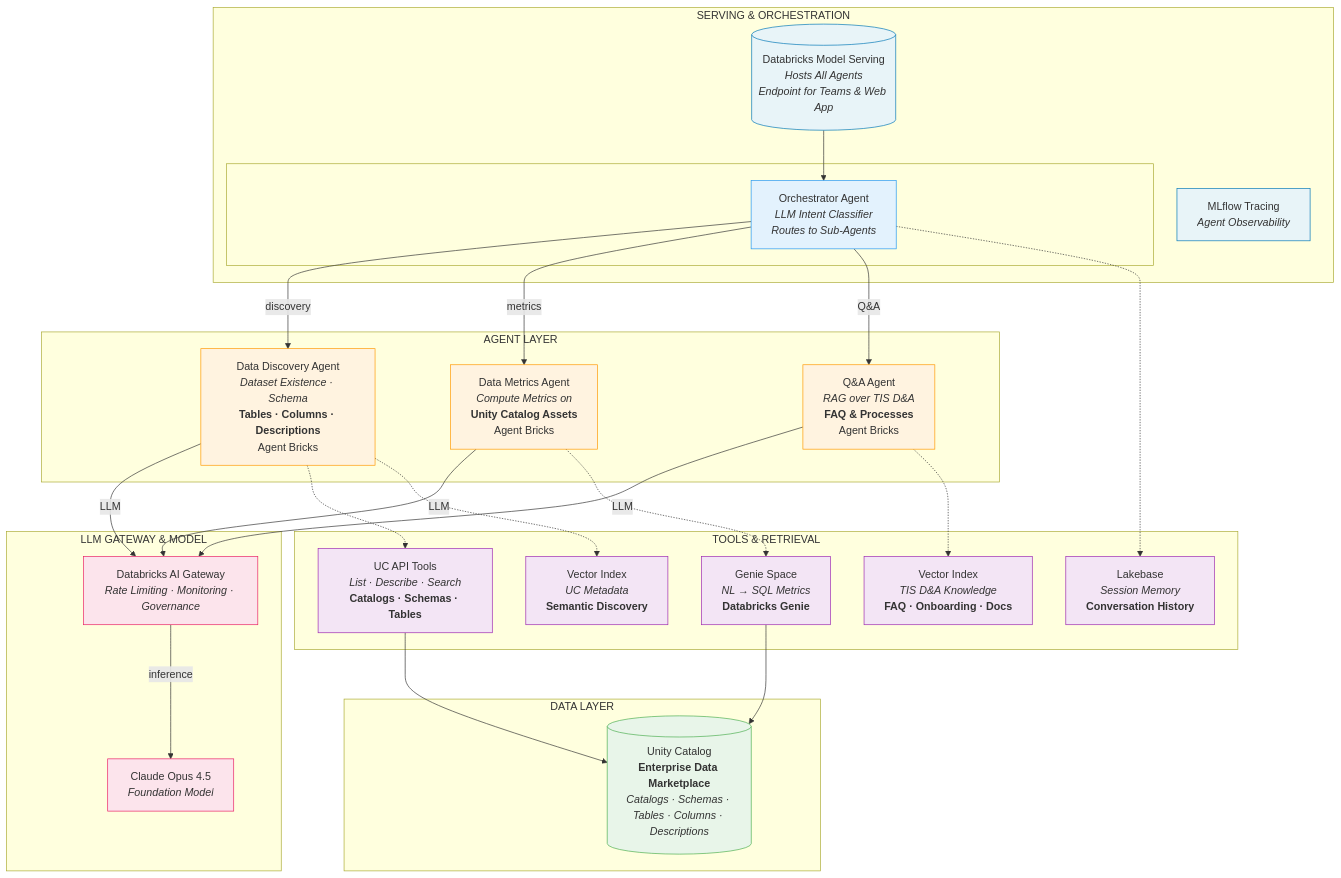
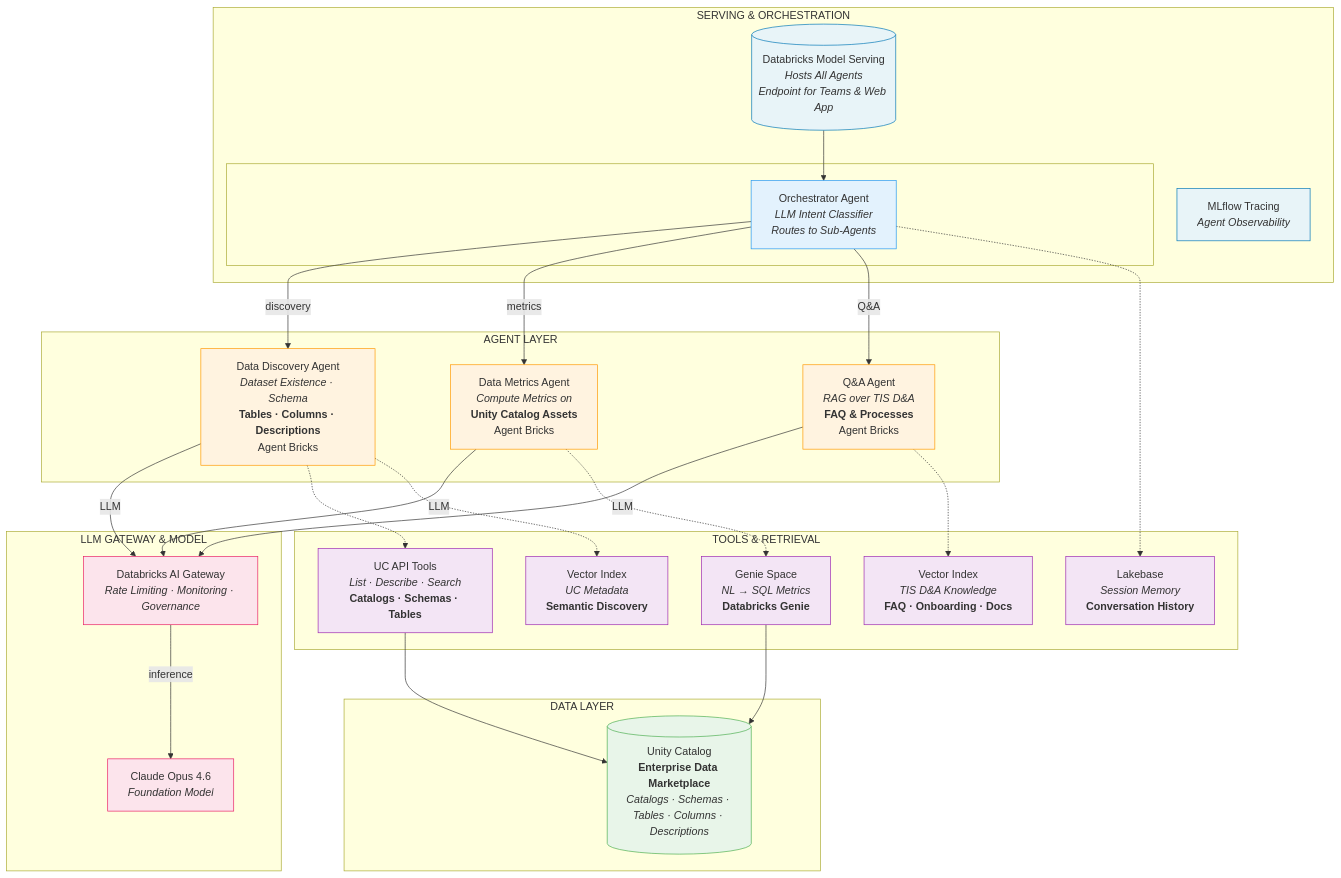
The diagram in docs/architecture.md (guanjieshen/uc-data-advisor), drawn with Mermaid before and after one commit. The commit also changed other lines of this file and 27 other files, not shown here.

````diff
--- a/docs/architecture.md
+++ b/docs/architecture.md
@@ -9,73 +9,73 @@
 ```mermaid
 flowchart TB
     subgraph SERVING["SERVING & ORCHESTRATION"]
         MS[("Databricks Model Serving<br/><i>Hosts All Agents</i><br/><i>Endpoint for Teams & Web App</i>")]
         MLF["MLflow Tracing<br/><i>Agent Observability</i>"]
 
         MS --> ORCH
 
         subgraph ORCH_BOX[" "]
             ORCH["Orchestrator Agent<br/><i>LLM Intent Classifier</i><br/><i>Routes to Sub-Agents</i>"]
         end
     end
 
     subgraph AGENTS["AGENT LAYER"]
         DA["Data Discovery Agent<br/><i>Dataset Existence · Schema</i><br/><b>Tables · Columns · Descriptions</b><br/>Agent Bricks"]
         DM["Data Metrics Agent<br/><i>Compute Metrics on</i><br/><b>Unity Catalog Assets</b><br/>Agent Bricks"]
         QA["Q&A Agent<br/><i>RAG over TIS D&A</i><br/><b>FAQ & Processes</b><br/>Agent Bricks"]
     end
 
     subgraph LLM["LLM GATEWAY & MODEL"]
         GW["Databricks AI Gateway<br/><i>Rate Limiting · Monitoring · Governance</i>"]
-        CLAUDE["Claude Opus 4.5<br/><i>Foundation Model</i>"]
+        CLAUDE["Claude Opus 4.6<br/><i>Foundation Model</i>"]
         GW -->|inference| CLAUDE
     end
 
     subgraph TOOLS["TOOLS & RETRIEVAL"]
         UC_API["UC API Tools<br/><i>List · Describe · Search</i><br/><b>Catalogs · Schemas · Tables</b>"]
         VS1["Vector Index<br/><i>UC Metadata</i><br/><b>Semantic Discovery</b>"]
         GENIE["Genie Space<br/><i>NL → SQL Metrics</i><br/><b>Databricks Genie</b>"]
         LB["Lakebase<br/><i>Session Memory</i><br/><b>Conversation History</b>"]
         VS2["Vector Index<br/><i>TIS D&A Knowledge</i><br/><b>FAQ · Onboarding · Docs</b>"]
     end
 
     subgraph DATA["DATA LAYER"]
         UCat[("Unity Catalog<br/><b>Enterprise Data Marketplace</b><br/><i>Catalogs · Schemas · Tables · Columns · Descriptions</i>")]
     end
 
     %% Orchestrator to Agents
     ORCH -->|discovery| DA
     ORCH -->|metrics| DM
     ORCH -->|Q&A| QA
 
     %% Agents to LLM
     DA -->|LLM| GW
     DM -->|LLM| GW
     QA -->|LLM| GW
 
     %% Agent to Tools mappings
     DA -.-> UC_API
     DA -.-> VS1
     DM -.-> GENIE
     ORCH -.-> LB
     QA -.-> VS2
 
     %% Tools to Data
     GENIE --> UCat
     UC_API --> UCat
 
     %% Styling
     classDef serving fill:#e8f4f8,stroke:#0077b6
     classDef agent fill:#fff3e0,stroke:#ff9800
     classDef llm fill:#fce4ec,stroke:#e91e63
     classDef tools fill:#f3e5f5,stroke:#9c27b0
     classDef data fill:#e8f5e9,stroke:#4caf50
     classDef orchestrator fill:#e3f2fd,stroke:#2196f3
 
     class MS,MLF serving
     class DA,DM,QA agent
     class GW,CLAUDE llm
     class UC_API,VS1,GENIE,LB,VS2 tools
     class UCat data
     class ORCH orchestrator
 ```
````
